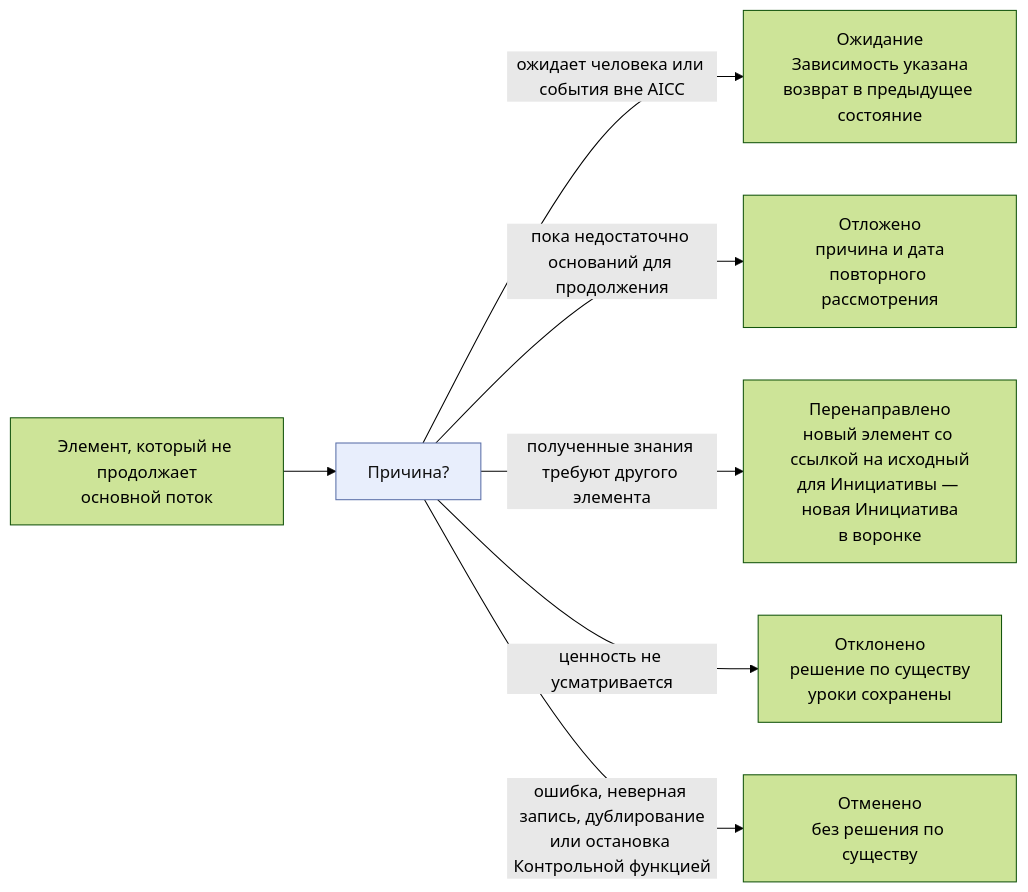
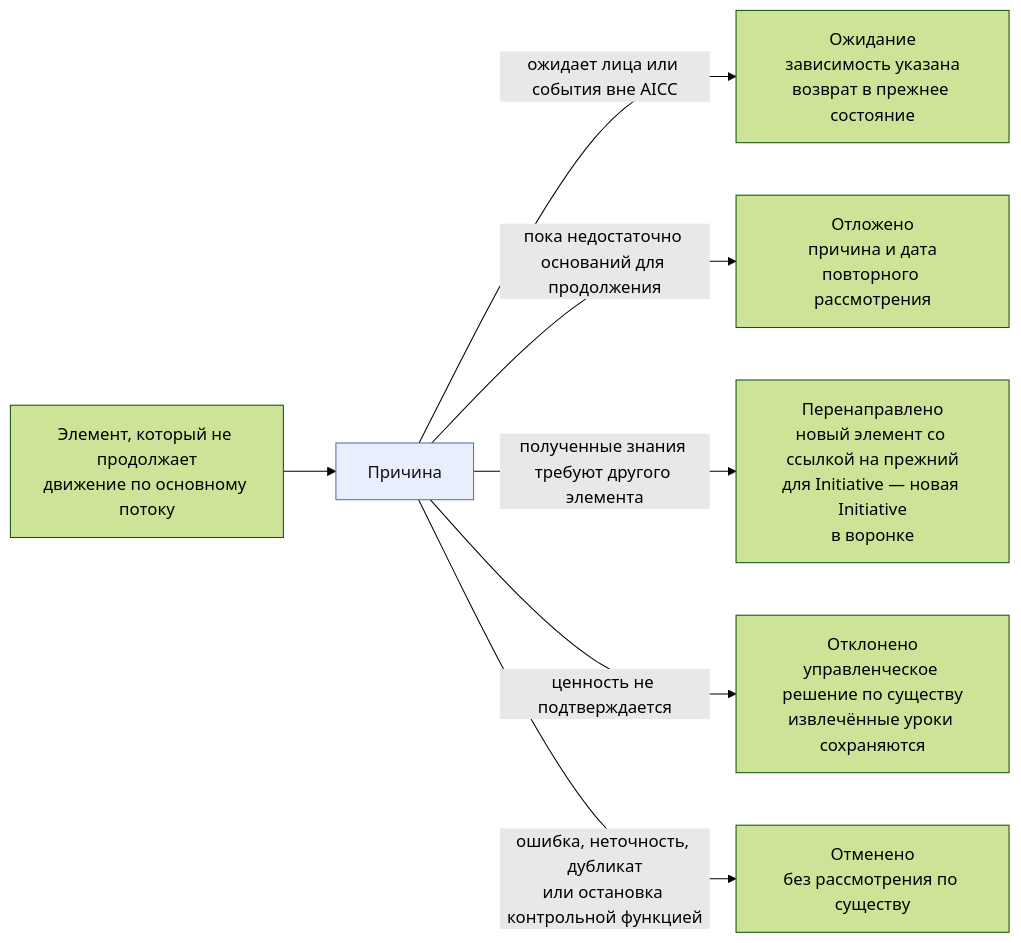
One commit to devhogu/ob-aicc changed the third of 10 diagrams in charter/ru/workflows/service-delivery.md. Above: the diagram before and after it, drawn with Mermaid (forest theme). The commit also changed other lines of this file and 7 other files, not shown here.

````diff
--- a/charter/ru/workflows/service-delivery.md
+++ b/charter/ru/workflows/service-delivery.md
@@ -71,11 +73,11 @@
 ```mermaid
 flowchart LR
-  IT["Элемент, который не продолжает<br/>основной поток"] --> Q["Причина?"]
-  Q -->|"ожидает человека или события вне AICC"| WT["Ожидание<br/>Зависимость указана<br/>возврат в предыдущее состояние"]
+  IT["Элемент, который не продолжает<br/>движение по основному потоку"] --> Q["Причина"]
+  Q -->|"ожидает лица или события вне AICC"| WT["Ожидание<br/>зависимость указана<br/>возврат в прежнее состояние"]
   Q -->|"пока недостаточно оснований для продолжения"| DF["Отложено<br/>причина и дата<br/>повторного рассмотрения"]
-  Q -->|"полученные знания требуют другого элемента"| PV["Перенаправлено<br/>новый элемент со ссылкой на исходный<br/>для Инициативы — новая Инициатива<br/>в воронке"]
-  Q -->|"ценность не усматривается"| RJ["Отклонено<br/>решение по существу<br/>уроки сохранены"]
-  Q -->|"ошибка, неверная запись, дублирование<br/>или остановка Контрольной функцией"| CN["Отменено<br/>без решения по существу"]
+  Q -->|"полученные знания требуют другого элемента"| PV["Перенаправлено<br/>новый элемент со ссылкой на прежний<br/>для Initiative — новая Initiative<br/>в воронке"]
+  Q -->|"ценность не подтверждается"| RJ["Отклонено<br/>управленческое решение по существу<br/>извлечённые уроки сохраняются"]
+  Q -->|"ошибка, неточность, дубликат<br/>или остановка контрольной функцией"| CN["Отменено<br/>без рассмотрения по существу"]
   classDef gate fill:#e8eefc,stroke:#5a6fa8,color:#111
   class Q gate
 ```
````
